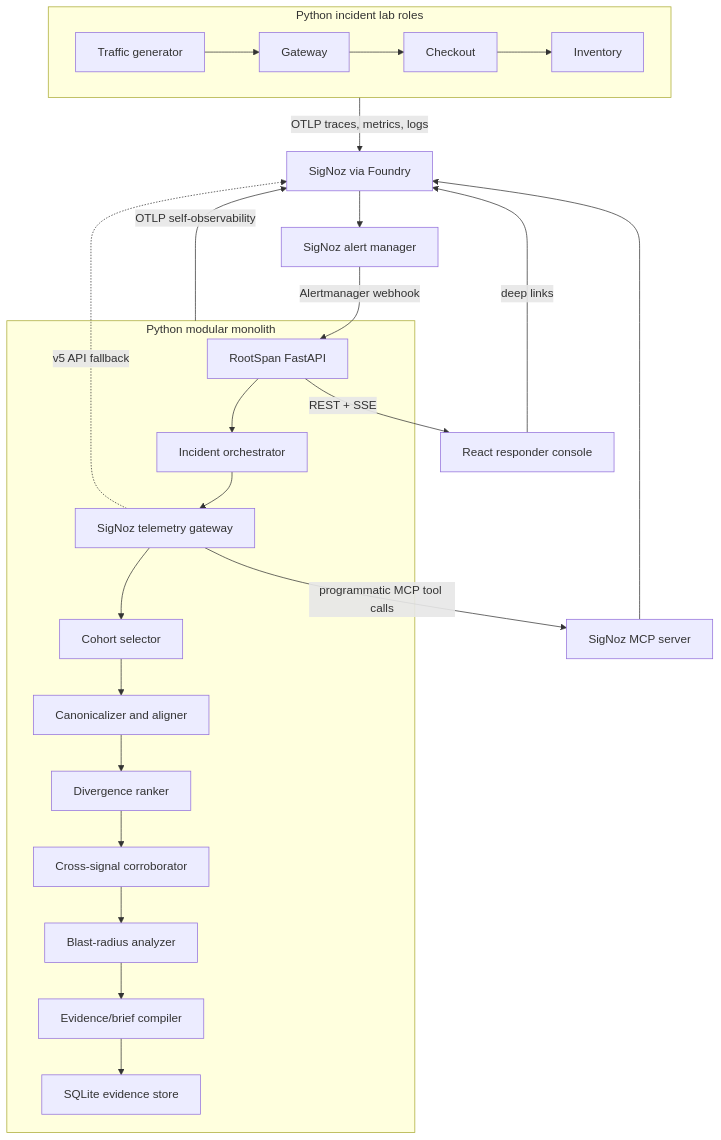
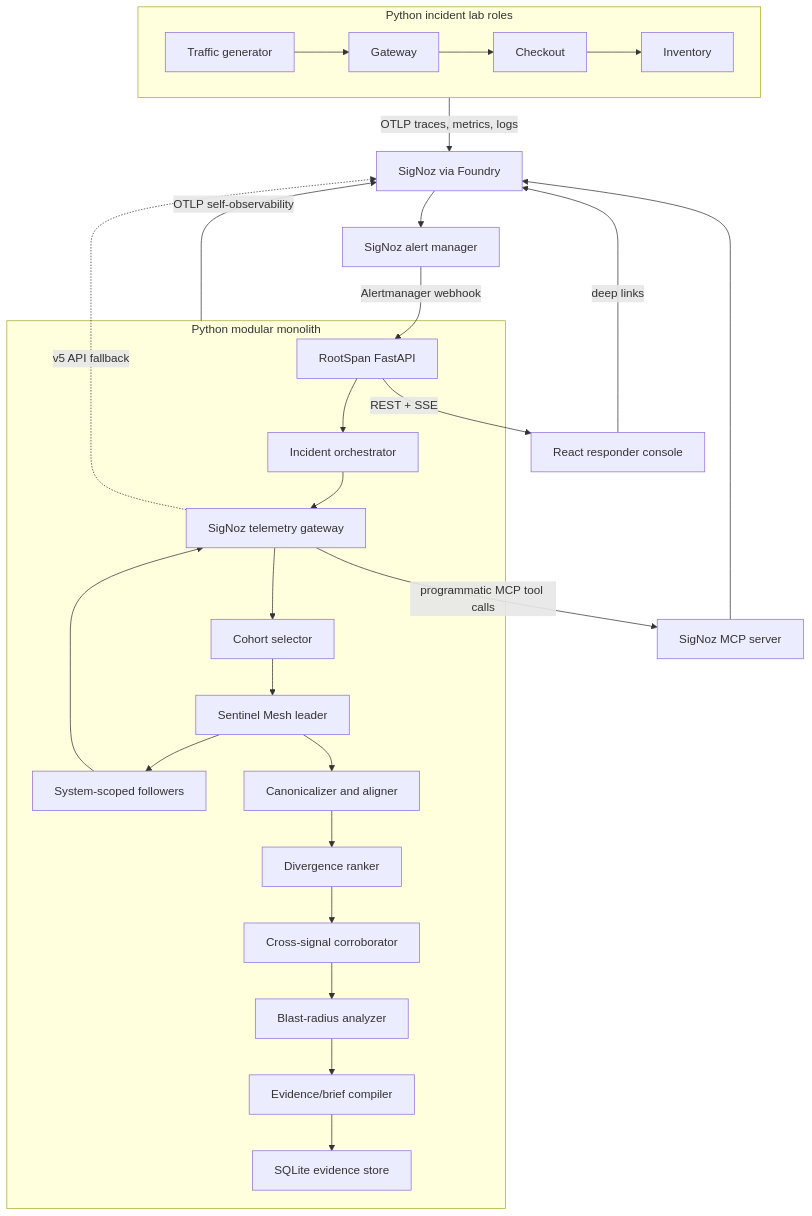
Before and after one commit to Akshay-Verma-CS/rootspan: the diagram in docs/STACK_AND_ARCHITECTURE.md, drawn with Mermaid. The commit also changed other lines of this file and 20 other files, not shown here.

Commit message:
feat(sentinels): add leader-follower investigation mesh

````diff
--- a/docs/STACK_AND_ARCHITECTURE.md
+++ b/docs/STACK_AND_ARCHITECTURE.md
@@ -103,31 +103,34 @@
 ```mermaid
 flowchart TB
     subgraph Lab["Python incident lab roles"]
         TG["Traffic generator"] --> GW["Gateway"]
         GW --> CO["Checkout"]
         CO --> IN["Inventory"]
     end
 
     Lab -- "OTLP traces, metrics, logs" --> SN["SigNoz via Foundry"]
     SN --> AL["SigNoz alert manager"]
     AL -- "Alertmanager webhook" --> API["RootSpan FastAPI"]
 
     subgraph RootSpan["Python modular monolith"]
         API --> OR["Incident orchestrator"]
         OR --> SG["SigNoz telemetry gateway"]
         SG --> CS["Cohort selector"]
-        CS --> CA["Canonicalizer and aligner"]
+        CS --> SM["Sentinel Mesh leader"]
+        SM --> SF["System-scoped followers"]
+        SF --> SG["SigNoz telemetry gateway"]
+        SM --> CA["Canonicalizer and aligner"]
         CA --> DR["Divergence ranker"]
         DR --> XS["Cross-signal corroborator"]
         XS --> BR["Blast-radius analyzer"]
         BR --> EB["Evidence/brief compiler"]
         EB --> DB["SQLite evidence store"]
     end
 
     SG -- "programmatic MCP tool calls" --> MCP["SigNoz MCP server"]
     MCP --> SN
     SG -. "v5 API fallback" .-> SN
     API -- "REST + SSE" --> UI["React responder console"]
     RootSpan -- "OTLP self-observability" --> SN
     UI -- "deep links" --> SN
 ```
````
